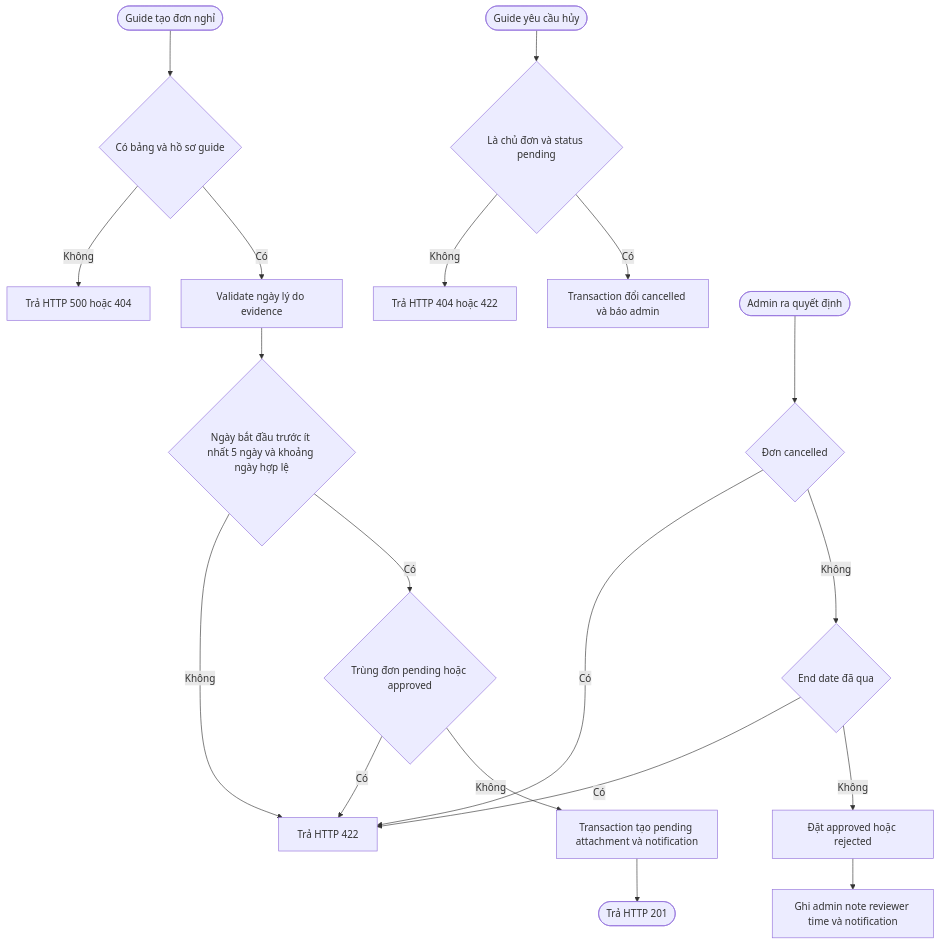
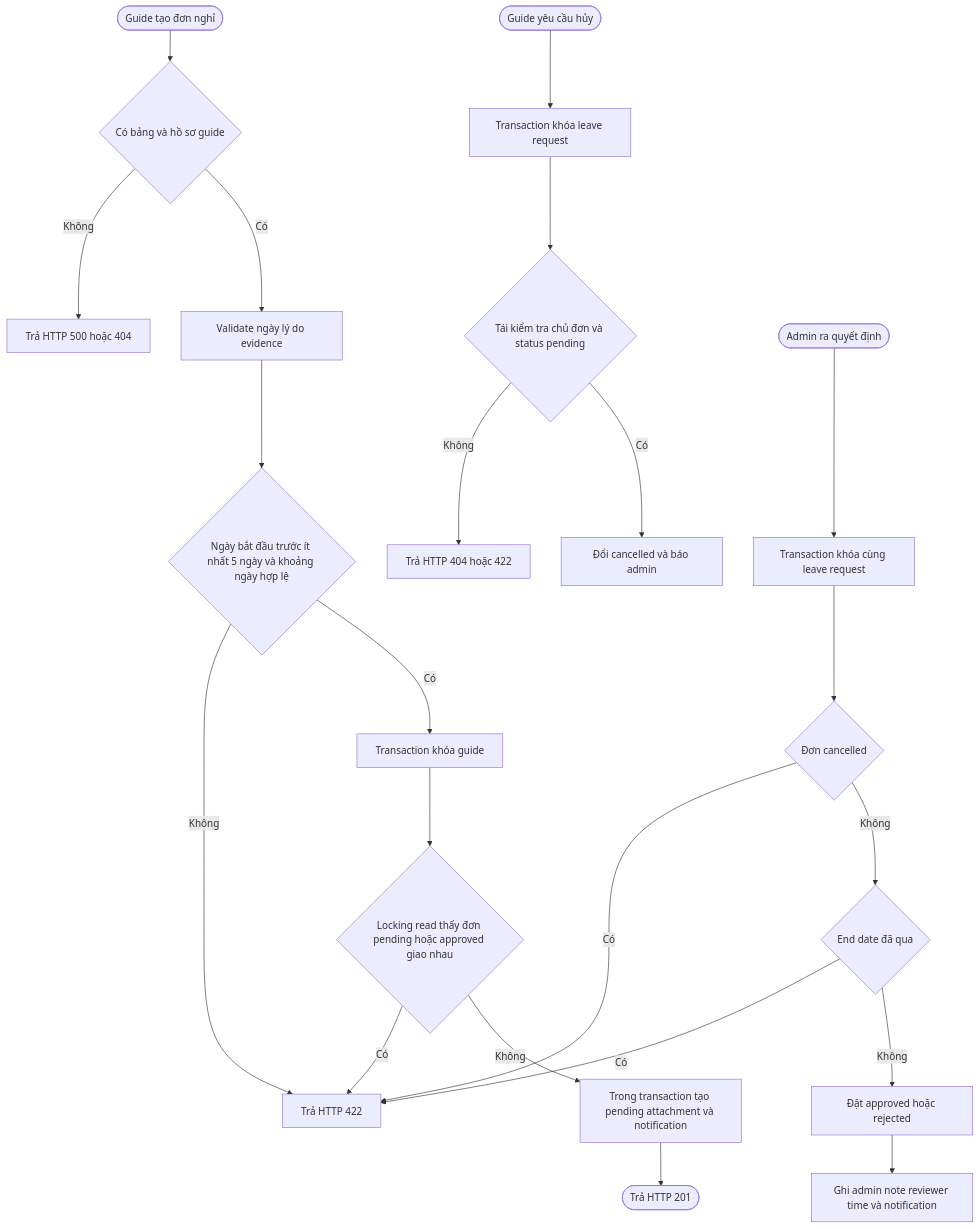
One commit to phamhoaithu2006/DATN_WD-01 changed diagram 35 of 39 in docs/reverse-engineering/06-process-and-state-diagrams.md. Above: the diagram before and after it, drawn with Mermaid. The commit also changed other lines of this file and 53 other files, not shown here.

````diff
--- a/docs/reverse-engineering/06-process-and-state-diagrams.md
+++ b/docs/reverse-engineering/06-process-and-state-diagrams.md
@@ -1239,21 +1438,24 @@
 ```mermaid
 flowchart TD
     A([Guide tạo đơn nghỉ]) --> B{Có bảng và hồ sơ guide}
     B -->|Không| X[Trả HTTP 500 hoặc 404]
     B -->|Có| C[Validate ngày lý do evidence]
     C --> D{Ngày bắt đầu trước ít nhất 5 ngày và khoảng ngày hợp lệ}
     D -->|Không| Y[Trả HTTP 422]
-    D -->|Có| E{Trùng đơn pending hoặc approved}
-    E -->|Có| Y
-    E -->|Không| F[Transaction tạo pending attachment và notification]
-    F --> G([Trả HTTP 201])
-    H([Guide yêu cầu hủy]) --> I{Là chủ đơn và status pending}
-    I -->|Không| J[Trả HTTP 404 hoặc 422]
-    I -->|Có| K[Transaction đổi cancelled và báo admin]
-    L([Admin ra quyết định]) --> M{Đơn cancelled}
-    M -->|Có| Y
-    M -->|Không| N{End date đã qua}
-    N -->|Có| Y
-    N -->|Không| O[Đặt approved hoặc rejected]
-    O --> P[Ghi admin note reviewer time và notification]
+    D -->|Có| E[Transaction khóa guide]
+    E --> F{Locking read thấy đơn pending hoặc approved giao nhau}
+    F -->|Có| Y
+    F -->|Không| G[Trong transaction tạo pending attachment và notification]
+    G --> H([Trả HTTP 201])
+    I([Guide yêu cầu hủy]) --> J[Transaction khóa leave request]
+    J --> K{Tái kiểm tra chủ đơn và status pending}
+    K -->|Không| L[Trả HTTP 404 hoặc 422]
+    K -->|Có| M[Đổi cancelled và báo admin]
+    N([Admin ra quyết định]) --> O[Transaction khóa cùng leave request]
+    O --> P{Đơn cancelled}
+    P -->|Có| Y
+    P -->|Không| Q{End date đã qua}
+    Q -->|Có| Y
+    Q -->|Không| R[Đặt approved hoặc rejected]
+    R --> S[Ghi admin note reviewer time và notification]
 ```
````
